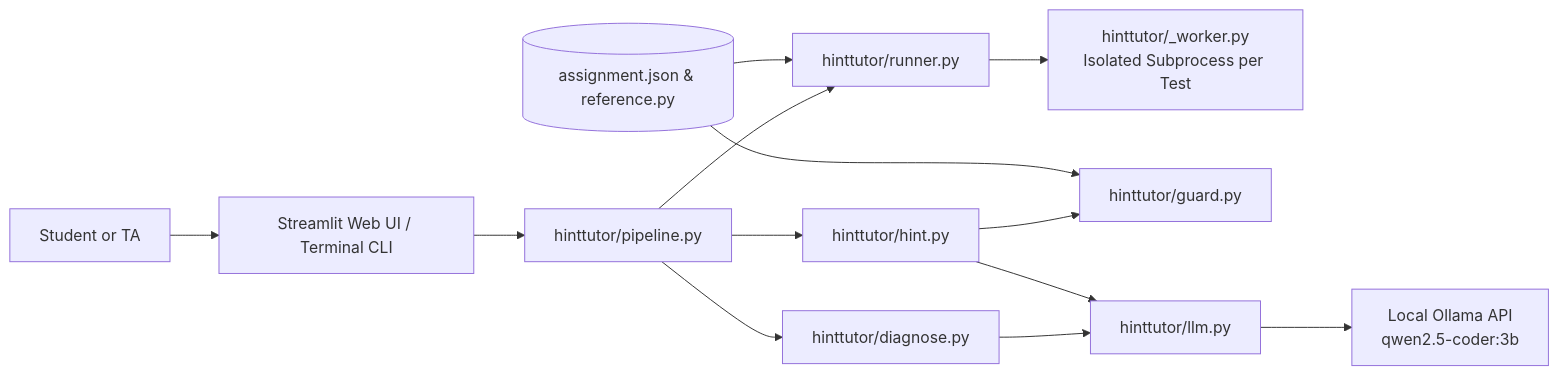
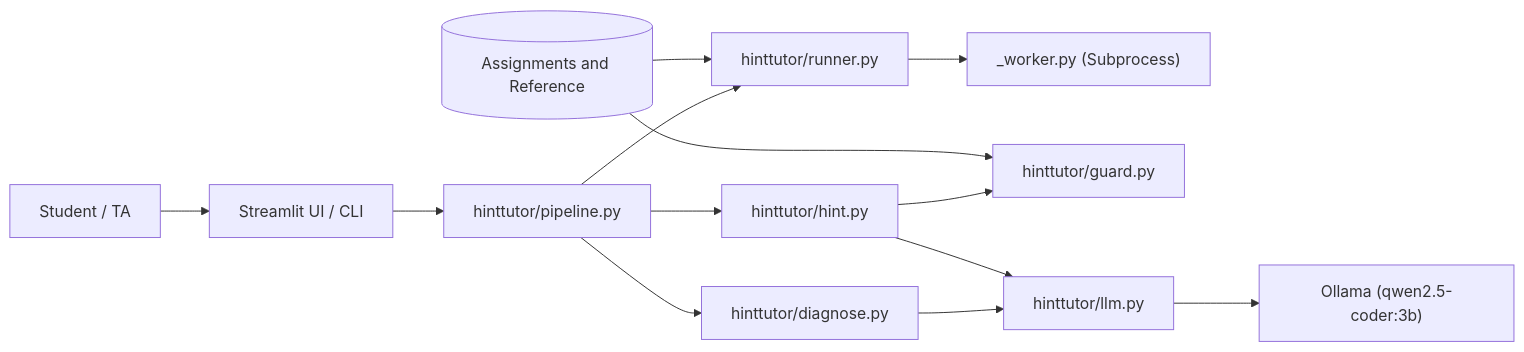
Before and after one commit to Abdurrafay19/hint_tutor: the first of 3 diagrams in README.md, drawn with Mermaid. The commit also changed other lines of this file, not shown here.

Commit message:
fix(readme): Update mermaid flowcharts in Readme

````diff
--- a/README.md
+++ b/README.md
@@ -40,16 +40,15 @@
 ```mermaid
 flowchart LR
-    U[Student or TA] --> UI[Streamlit Web UI / Terminal CLI]
-    UI --> P[hinttutor/pipeline.py]
-    P --> R[hinttutor/runner.py]
-    R --> W[hinttutor/_worker.py<br/>Isolated Subprocess per Test]
-    P --> D[hinttutor/diagnose.py]
-    P --> H[hinttutor/hint.py]
-    H --> G[hinttutor/guard.py]
-    D --> L[hinttutor/llm.py]
+    U["Student / TA"] --> UI["Streamlit UI / CLI"]
+    UI --> P["hinttutor/pipeline.py"]
+    P --> R["hinttutor/runner.py"]
+    R --> W["_worker.py (Subprocess)"]
+    P --> D["hinttutor/diagnose.py"]
+    P --> H["hinttutor/hint.py"]
+    H --> G["hinttutor/guard.py"]
+    D --> L["hinttutor/llm.py"]
     H --> L
-    L --> O[Local Ollama API<br/>qwen2.5-coder:3b]
-    A[(assignment.json & reference.py)] --> R
+    L --> O["Ollama (qwen2.5-coder:3b)"]
+    A[("Assignments and Reference")] --> R
     A --> G
-
 ```
````
